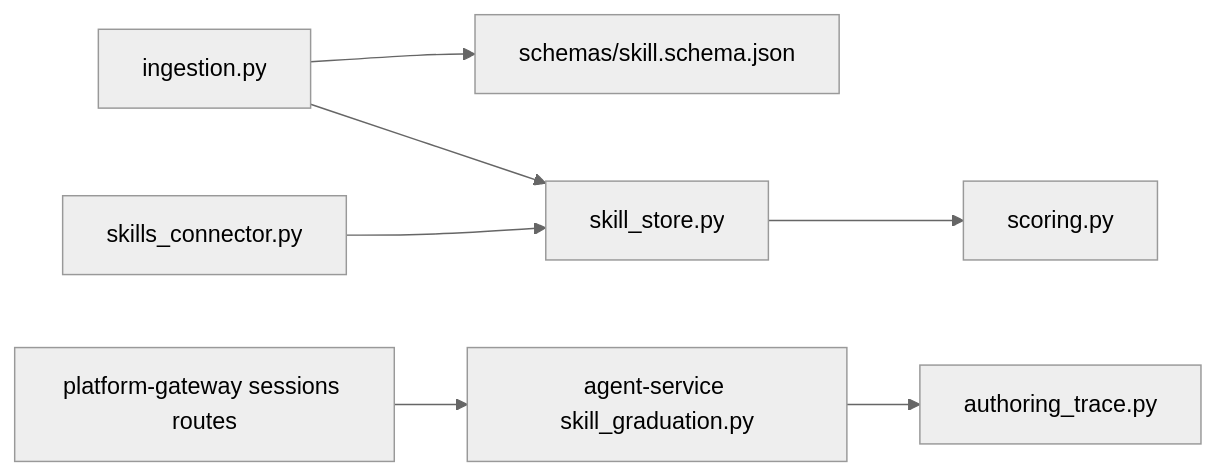
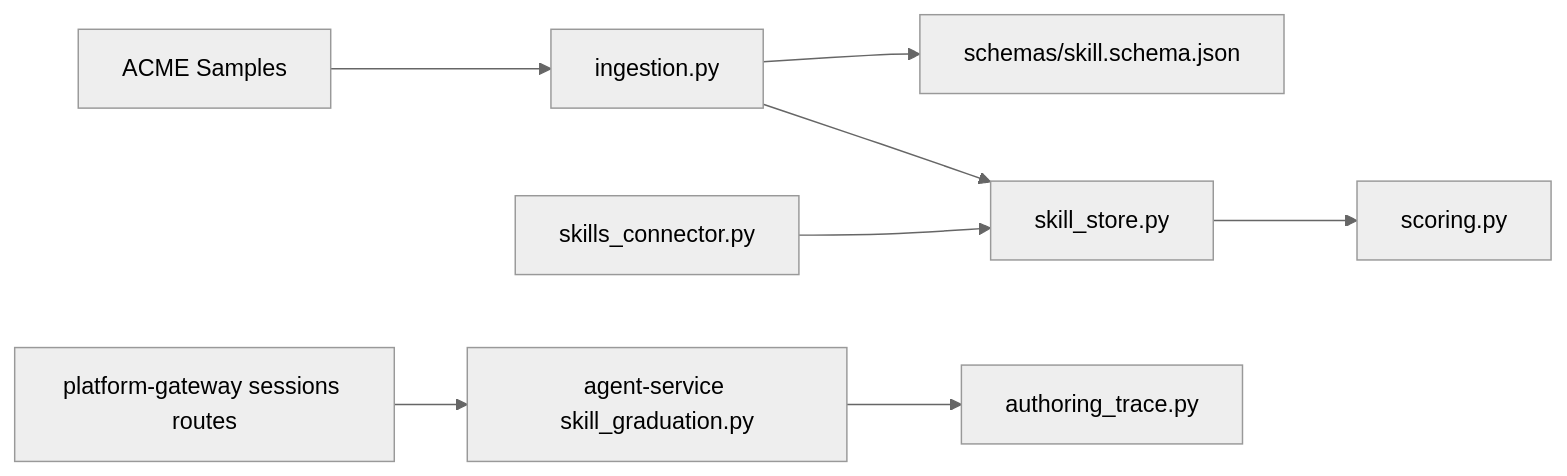
Before and after one commit to metasync/luban-aiops: the ninth of 9 diagrams in .qoder/repowiki/en/content/Skills and Operational Guidance/Skills and Operational Guidance.md, drawn with Mermaid (neutral theme). The commit also changed other lines of this file and 102 other files, not shown here.

````diff
--- a/.qoder/repowiki/en/content/Skills and Operational Guidance/Skills and Operational Guidance.md
+++ b/.qoder/repowiki/en/content/Skills and Operational Guidance/Skills and Operational Guidance.md
@@ -332,9 +453,10 @@
 ```mermaid
 graph LR
 Ing["ingestion.py"] --> Sch["schemas/skill.schema.json"]
 Ing --> Store["skill_store.py"]
 Store --> Score["scoring.py"]
 Tools["skills_connector.py"] --> Store
 PlatGW["platform-gateway sessions routes"] --> AgentSvc["agent-service skill_graduation.py"]
 AgentSvc --> Trace["authoring_trace.py"]
+ACME["ACME Samples"] --> Ing
 ```
````
